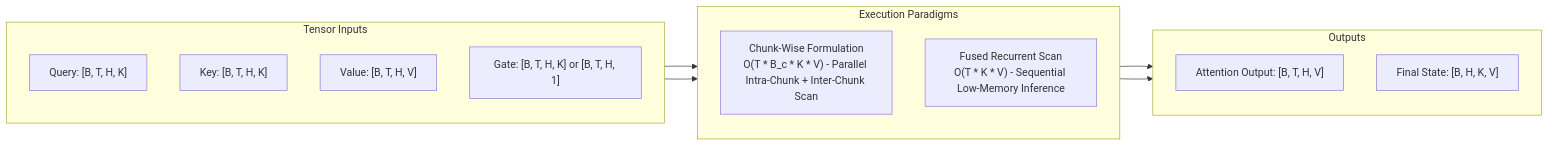
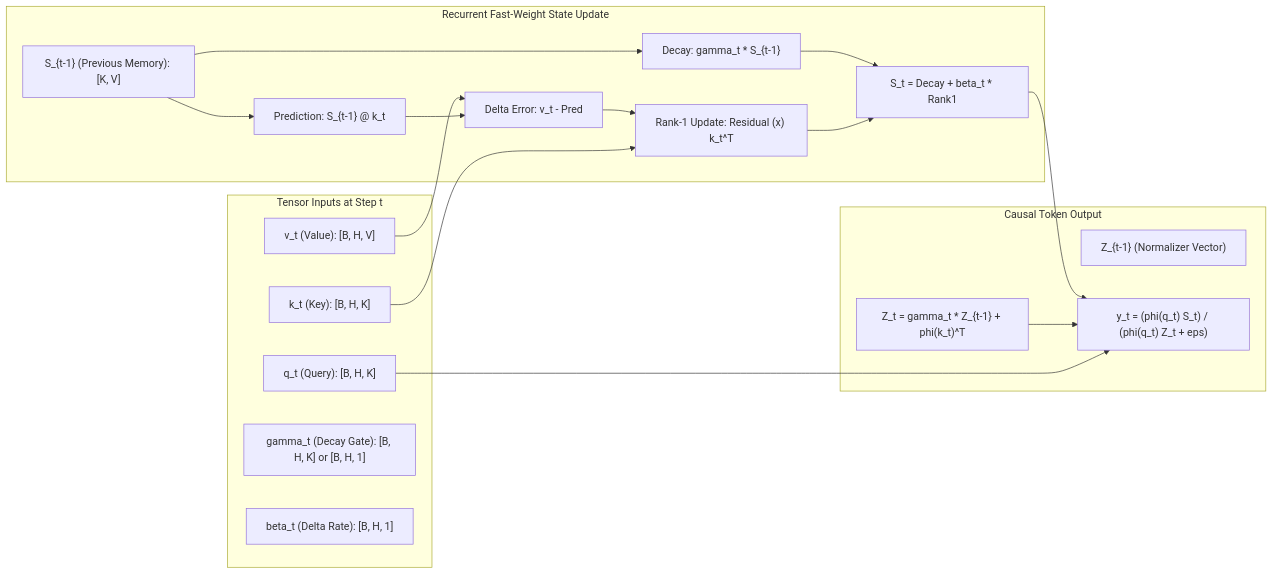
The first of 3 diagrams in .agents/skills/neuralops-kda/SKILL.md (tahamajs/NeuralOps), drawn with Mermaid before and after one commit. The commit also changed other lines of this file, not shown here.

Commit message:
docs(skills): expand neuralops-kda with formulations, chunk vs recurrent, routing, and numerical budgets

````diff
--- a/.agents/skills/neuralops-kda/SKILL.md
+++ b/.agents/skills/neuralops-kda/SKILL.md
@@ -22,22 +17,34 @@
 ```mermaid
 flowchart LR
-    subgraph Inputs["Tensor Inputs"]
-        Q["Query: [B, T, H, K]"]
-        K["Key: [B, T, H, K]"]
-        V["Value: [B, T, H, V]"]
-        G["Gate: [B, T, H, K] or [B, T, H, 1]"]
+    subgraph Inputs["Tensor Inputs at Step t"]
+        Q["q_t (Query): [B, H, K]"]
+        K["k_t (Key): [B, H, K]"]
+        V["v_t (Value): [B, H, V]"]
+        Gamma["gamma_t (Decay Gate): [B, H, K] or [B, H, 1]"]
+        Beta["beta_t (Delta Rate): [B, H, 1]"]
     end
-    subgraph ExecutionModes["Execution Paradigms"]
-        direction TB
-        Chunk["Chunk-Wise Formulation<br/>O(T * B_c * K * V) - Parallel Intra-Chunk + Inter-Chunk Scan"]
-        Recurrent["Fused Recurrent Scan<br/>O(T * K * V) - Sequential Low-Memory Inference"]
+    subgraph RecurrentState["Recurrent Fast-Weight State Update"]
+        Sprev["S_{t-1} (Previous Memory): [K, V]"]
+        Decay["Decay: gamma_t * S_{t-1}"]
+        Pred["Prediction: S_{t-1} @ k_t"]
+        Residual["Delta Error: v_t - Pred"]
+        Rank1["Rank-1 Update: Residual (x) k_t^T"]
+        Snew["S_t = Decay + beta_t * Rank1"]
+        Sprev --> Decay
+        Sprev --> Pred
+        V --> Residual
+        Pred --> Residual
+        Residual --> Rank1
+        K --> Rank1
+        Decay --> Snew
+        Rank1 --> Snew
     end
-    subgraph Outputs["Outputs"]
-        O["Attention Output: [B, T, H, V]"]
-        FinalState["Final State: [B, H, K, V]"]
+    subgraph OutputGen["Causal Token Output"]
+        Zprev["Z_{t-1} (Normalizer Vector)"]
+        Znew["Z_t = gamma_t * Z_{t-1} + phi(k_t)^T"]
+        Out["y_t = (phi(q_t) S_t) / (phi(q_t) Z_t + eps)"]
+        Snew --> Out
+        Znew --> Out
+        Q --> Out
     end
-    Inputs --> Chunk
-    Inputs --> Recurrent
-    Chunk --> Outputs
-    Recurrent --> Outputs
 ```
````
